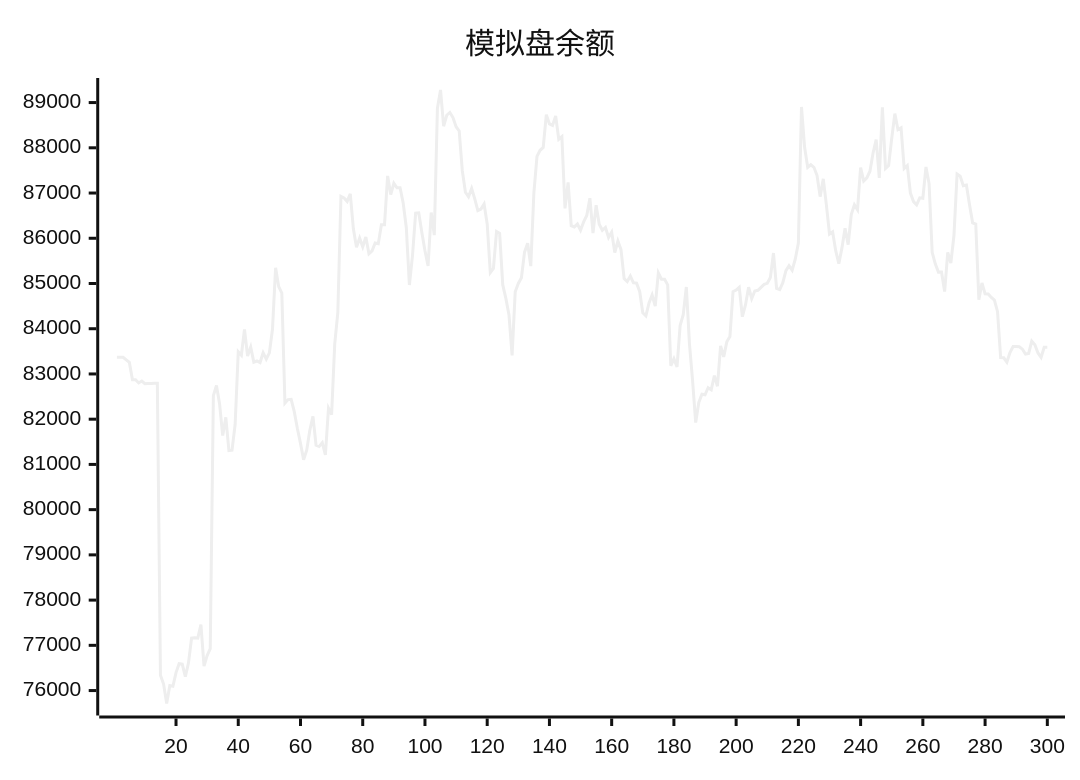
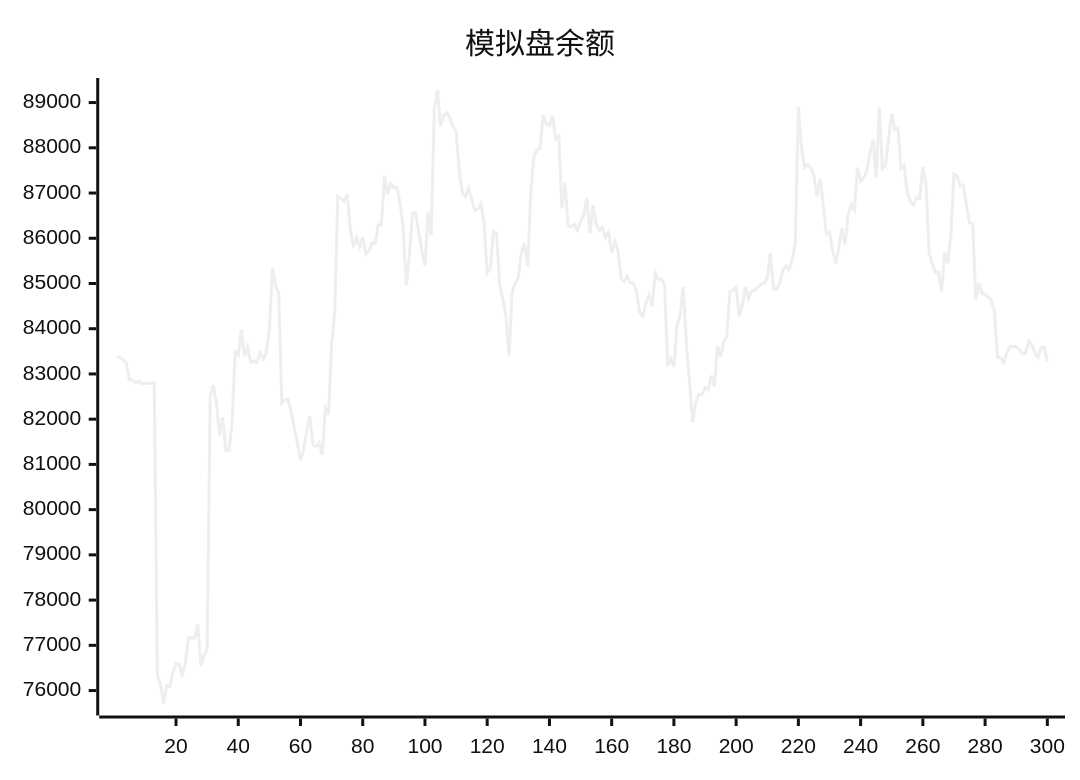
The diagram in README.md (aahl/ai-trading), drawn with Mermaid (neutral theme) before and after one commit. The commit also changed other lines of this file and 1 other file, not shown here.

````diff
--- a/README.md
+++ b/README.md
@@ -5,5 +5,5 @@
 ```mermaid
 xychart
     title "模拟盘余额"
-    line [83369,83369,83369,83313,83256,82872,82873,82801,82844,82785,82791,82791,82793,82794,76339,76145,75714,76110,76096,76397,76594,76585,76310,76607,77160,77170,77160,77456,76541,76774,76927,82520,82744,82337,81639,82040,81307,81314,81887,83490,83414,83984,83396,83594,83261,83287,83253,83470,83327,83465,83987,85348,84930,84786,82355,82433,82438,82167,81795,81466,81105,81315,81756,82064,81426,81398,81481,81210,82242,82099,83658,84359,86925,86892,86814,86980,86203,85802,86003,85811,86028,85657,85721,85896,85880,86300,86299,87378,86965,87214,87115,87118,86780,86238,84966,85623,86555,86562,86129,85722,85387,86569,86070,88870,89278,88477,88720,88781,88668,88467,88372,87493,87018,86917,87102,86870,86613,86644,86758,86317,85242,85334,86149,86106,84968,84671,84302,83410,84816,85001,85127,85693,85891,85384,87001,87811,87945,88007,88734,88528,88495,88705,88189,88248,86662,87234,86279,86251,86314,86177,86364,86503,86886,86114,86731,86310,86176,86240,86017,86136,85685,85938,85749,85111,85044,85164,85016,85008,84824,84354,84287,84572,84745,84500,85234,85096,85095,84970,83180,83338,83157,84070,84309,84922,83667,82850,81924,82369,82552,82539,82695,82648,82962,82728,83619,83378,83710,83825,84819,84854,84917,84265,84527,84919,84668,84834,84850,84916,84981,85004,85131,85674,84891,84864,85019,85284,85393,85294,85538,85894,88904,88012,87567,87625,87568,87386,86920,87313,86737,86094,86143,85725,85437,85787,86219,85859,86526,86740,86630,87563,87264,87335,87483,87886,88180,87335,88894,87544,87608,88207,88755,88401,88444,87543,87608,87000,86810,86740,86894,86884,87576,87209,85686,85435,85251,85255,84820,85689,85453,86066,87420,87373,87161,87178,86740,86341,86315,84643,85012,84772,84768,84690,84635,84376,83360,83357,83259,83474,83608,83606,83602,83548,83440,83454,83724,83644,83464,83365,83590,83592]
+    line [83369,83369,83313,83256,82872,82873,82801,82844,82785,82791,82791,82793,82794,76339,76145,75714,76110,76096,76397,76594,76585,76310,76607,77160,77170,77160,77456,76541,76774,76927,82520,82744,82337,81639,82040,81307,81314,81887,83490,83414,83984,83396,83594,83261,83287,83253,83470,83327,83465,83987,85348,84930,84786,82355,82433,82438,82167,81795,81466,81105,81315,81756,82064,81426,81398,81481,81210,82242,82099,83658,84359,86925,86892,86814,86980,86203,85802,86003,85811,86028,85657,85721,85896,85880,86300,86299,87378,86965,87214,87115,87118,86780,86238,84966,85623,86555,86562,86129,85722,85387,86569,86070,88870,89278,88477,88720,88781,88668,88467,88372,87493,87018,86917,87102,86870,86613,86644,86758,86317,85242,85334,86149,86106,84968,84671,84302,83410,84816,85001,85127,85693,85891,85384,87001,87811,87945,88007,88734,88528,88495,88705,88189,88248,86662,87234,86279,86251,86314,86177,86364,86503,86886,86114,86731,86310,86176,86240,86017,86136,85685,85938,85749,85111,85044,85164,85016,85008,84824,84354,84287,84572,84745,84500,85234,85096,85095,84970,83180,83338,83157,84070,84309,84922,83667,82850,81924,82369,82552,82539,82695,82648,82962,82728,83619,83378,83710,83825,84819,84854,84917,84265,84527,84919,84668,84834,84850,84916,84981,85004,85131,85674,84891,84864,85019,85284,85393,85294,85538,85894,88904,88012,87567,87625,87568,87386,86920,87313,86737,86094,86143,85725,85437,85787,86219,85859,86526,86740,86630,87563,87264,87335,87483,87886,88180,87335,88894,87544,87608,88207,88755,88401,88444,87543,87608,87000,86810,86740,86894,86884,87576,87209,85686,85435,85251,85255,84820,85689,85453,86066,87420,87373,87161,87178,86740,86341,86315,84643,85012,84772,84768,84690,84635,84376,83360,83357,83259,83474,83608,83606,83602,83548,83440,83454,83724,83644,83464,83365,83590,83592,83275]
 ```
````
